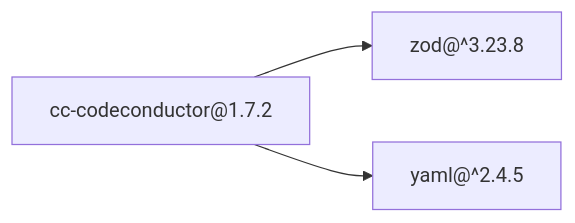
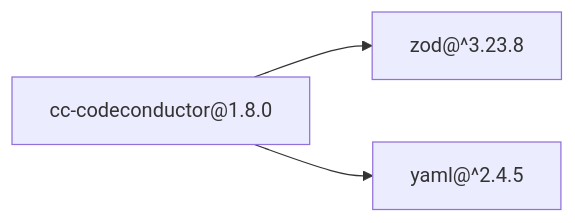
Before and after one commit to lgzarturo/codeconductor: the diagram in README.md, drawn with Mermaid. The commit also changed other lines of this file and 6 other files, not shown here.

````diff
--- a/README.md
+++ b/README.md
@@ -348,8 +348,8 @@
 ```mermaid
 graph LR
-  cc["cc-codeconductor@1.7.2"]
+  cc["cc-codeconductor@1.8.0"]
   zod["zod@^3.23.8"]
   yaml["yaml@^2.4.5"]
   cc --> zod
   cc --> yaml
 ```
````
